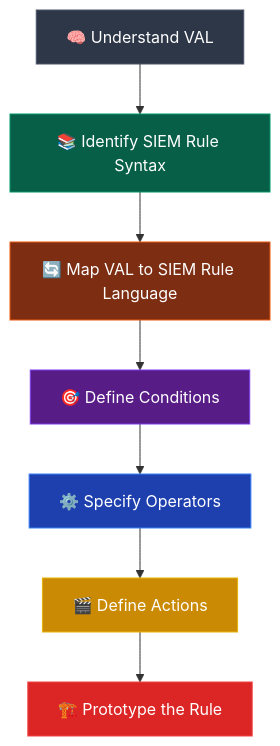
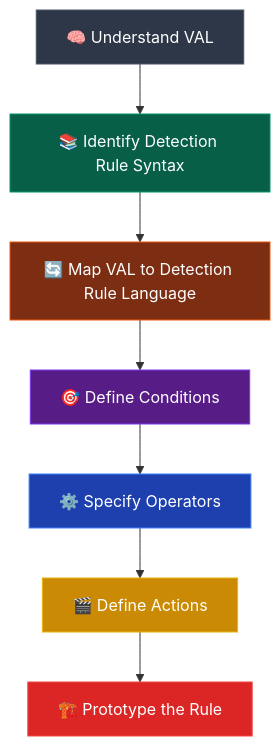
One commit to josamontiel/Detection-Engineering-Framework changed the second of 6 diagrams in development-phase-B.md. Above: the diagram before and after it, drawn with Mermaid. The commit also changed other lines of this file, not shown here.

````diff
--- a/development-phase-B.md
+++ b/development-phase-B.md
@@ -70,17 +70,17 @@
 ```mermaid
 flowchart TD
-    A[🧠 Understand VAL] --> B[📚 Identify SIEM Rule Syntax]
-    B --> C[🔄 Map VAL to SIEM Rule Language]
+    A[🧠 Understand VAL] --> B[📚 Identify Detection Rule Syntax]
+    B --> C[🔄 Map VAL to Detection Rule Language]
     C --> D[🎯 Define Conditions]
     D --> E[⚙️ Specify Operators]
     E --> F[🎬 Define Actions]
     F --> G[🏗️ Prototype the Rule]
     
     style A fill:#2d3748,stroke:#4a5568,color:#ffffff
     style B fill:#065f46,stroke:#059669,color:#ffffff
     style C fill:#7c2d12,stroke:#ea580c,color:#ffffff
     style D fill:#581c87,stroke:#7c3aed,color:#ffffff
     style E fill:#1e40af,stroke:#3b82f6,color:#ffffff
     style F fill:#ca8a04,stroke:#eab308,color:#ffffff
     style G fill:#dc2626,stroke:#ef4444,color:#ffffff
 ```
````
